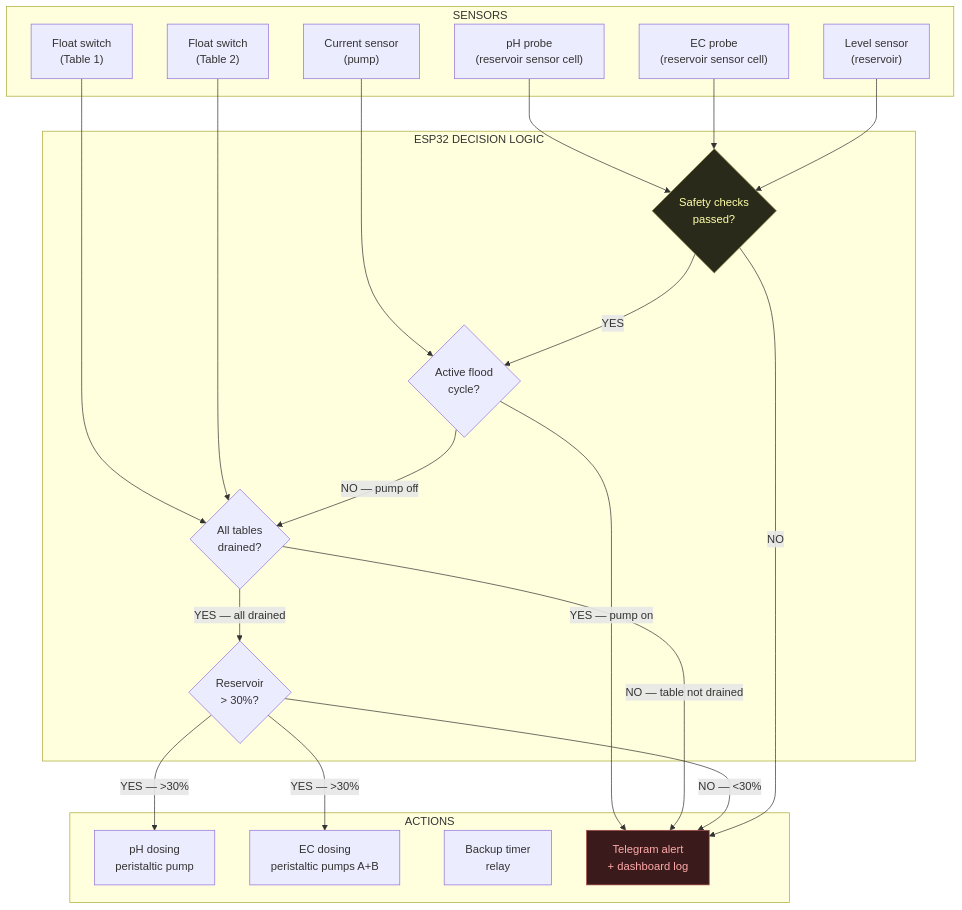
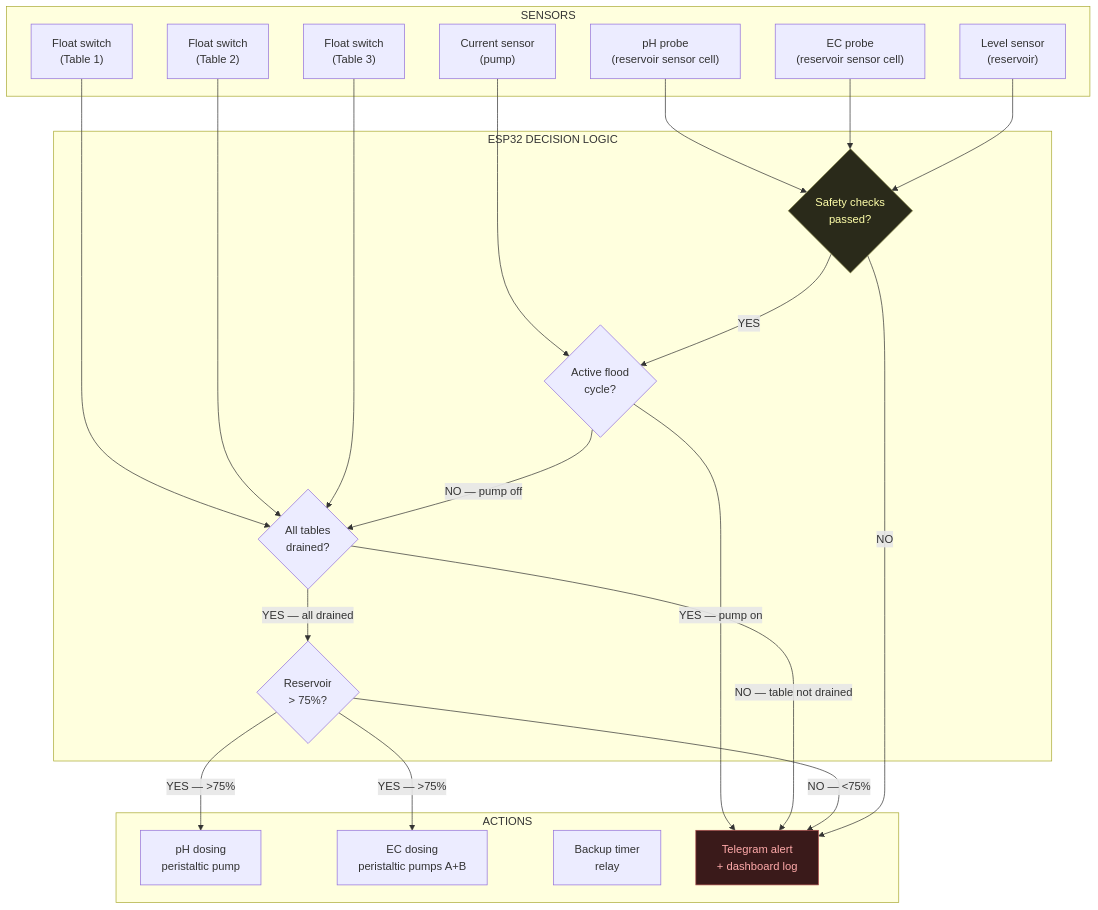
The seventh of 13 diagrams in guide/ebb-and-flow/13-automation.md (UncleJS/guide_hydroponics), drawn with Mermaid before and after one commit. The commit also changed other lines of this file and 22 other files, not shown here.

````diff
--- a/guide/ebb-and-flow/13-automation.md
+++ b/guide/ebb-and-flow/13-automation.md
@@ -766,46 +777,48 @@
 ```mermaid
 flowchart TD
     subgraph sensors["SENSORS"]
         PH["pH probe<br/>(reservoir sensor cell)"]
         EC["EC probe<br/>(reservoir sensor cell)"]
         LVL["Level sensor<br/>(reservoir)"]
         FL1["Float switch<br/>(Table 1)"]
         FL2["Float switch<br/>(Table 2)"]
+        FL3["Float switch<br/>(Table 3)"]
         ACS["Current sensor<br/>(pump)"]
     end
 
     subgraph logic["ESP32 DECISION LOGIC"]
         SAFE{"Safety checks<br/>passed?"}
         FLOOD{"Active flood<br/>cycle?"}
         DRAIN{"All tables<br/>drained?"}
-        LEVEL{"Reservoir<br/>> 30%?"}
+        LEVEL{"Reservoir<br/>> 75%?"}
     end
 
     subgraph actions["ACTIONS"]
         PHDOSE["pH dosing<br/>peristaltic pump"]
         ECDOSE["EC dosing<br/>peristaltic pumps A+B"]
         BACKUP["Backup timer<br/>relay"]
         ALERT["Telegram alert<br/>+ dashboard log"]
     end
 
     PH --> SAFE
     EC --> SAFE
     LVL --> SAFE
     FL1 --> DRAIN
     FL2 --> DRAIN
+    FL3 --> DRAIN
     ACS --> FLOOD
 
     SAFE -->|YES| FLOOD
     FLOOD -->|NO — pump off| DRAIN
     DRAIN -->|YES — all drained| LEVEL
-    LEVEL -->|YES — >30%| PHDOSE
-    LEVEL -->|YES — >30%| ECDOSE
+    LEVEL -->|YES — >75%| PHDOSE
+    LEVEL -->|YES — >75%| ECDOSE
 
     FLOOD -->|YES — pump on| ALERT
     DRAIN -->|NO — table not drained| ALERT
-    LEVEL -->|NO — <30%| ALERT
+    LEVEL -->|NO — <75%| ALERT
     SAFE -->|NO| ALERT
 
     style SAFE fill:#2a2a1a,stroke:#8a8a4a,color:#ffffaa
     style ALERT fill:#3a1a1a,stroke:#aa4a4a,color:#ffaaaa
 ```
````
